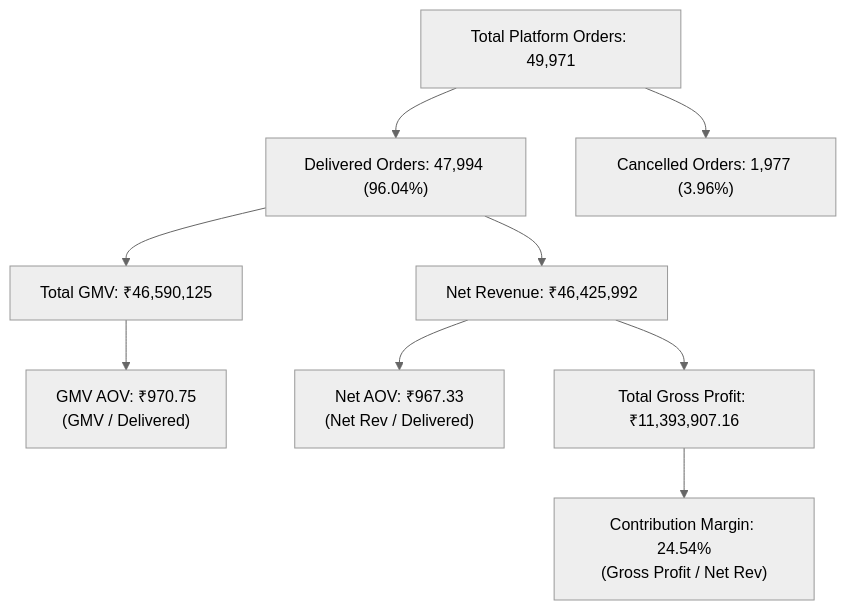
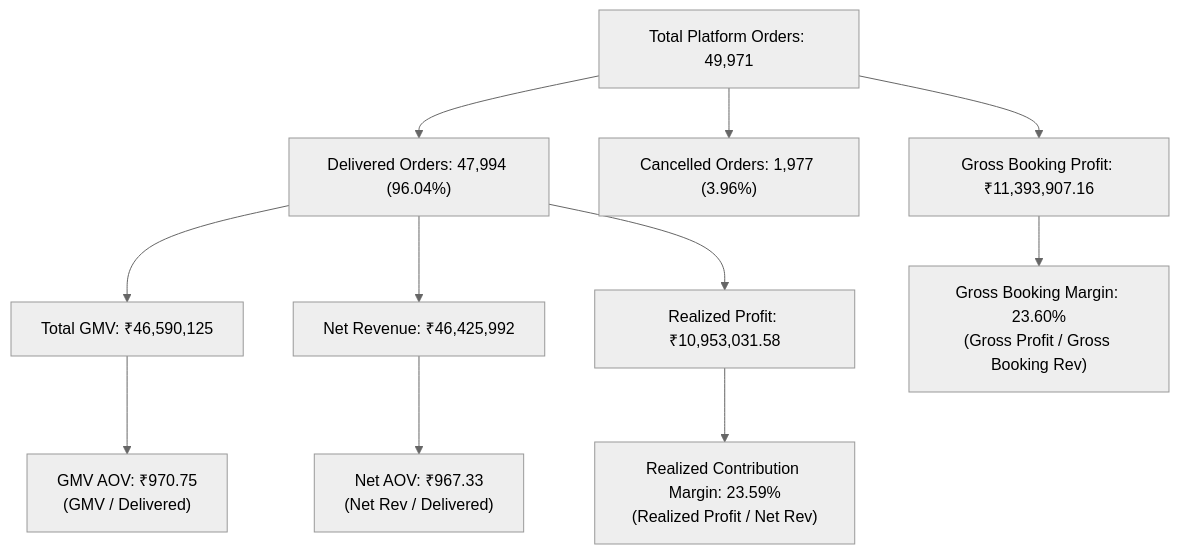
The third of 4 diagrams in reports/NOVANEST_COMPLETE_PROJECT_REPORT.md (hemendrakumar-RR/NovaNest), drawn with Mermaid (neutral theme) before and after one commit. The commit also changed other lines of this file and 8 other files, not shown here.

````diff
--- a/reports/NOVANEST_COMPLETE_PROJECT_REPORT.md
+++ b/reports/NOVANEST_COMPLETE_PROJECT_REPORT.md
@@ -219,14 +213,17 @@
 ```mermaid
 flowchart TD
     A["Total Platform Orders: 49,971"] --> B["Delivered Orders: 47,994 (96.04%)"]
     A --> C["Cancelled Orders: 1,977 (3.96%)"]
     
     B --> D["Total GMV: ₹46,590,125"]
     B --> E["Net Revenue: ₹46,425,992"]
     
     D --> F["GMV AOV: ₹970.75<br/>(GMV / Delivered)"]
     E --> G["Net AOV: ₹967.33<br/>(Net Rev / Delivered)"]
     
-    E --> H["Total Gross Profit: ₹11,393,907.16"]
-    H --> I["Contribution Margin: 24.54%<br/>(Gross Profit / Net Rev)"]
+    B --> H["Realized Profit: ₹10,953,031.58"]
+    H --> I["Realized Contribution Margin: 23.59%<br/>(Realized Profit / Net Rev)"]
+    
+    A --> J["Gross Booking Profit: ₹11,393,907.16"]
+    J --> K["Gross Booking Margin: 23.60%<br/>(Gross Profit / Gross Booking Rev)"]
 ```
````
